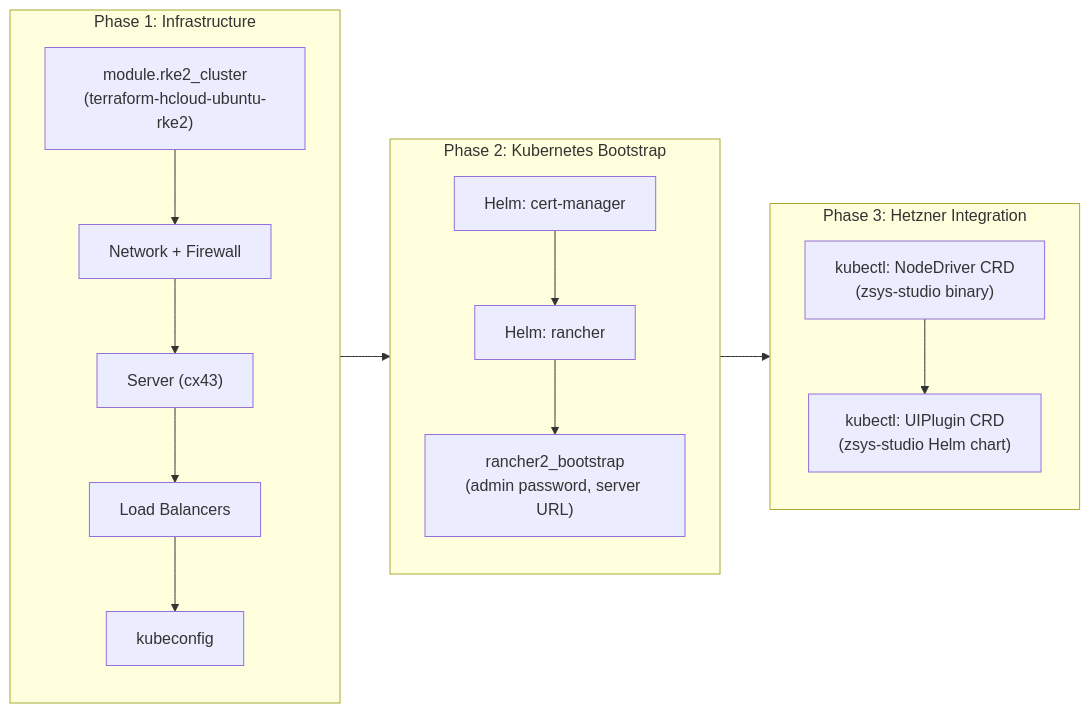
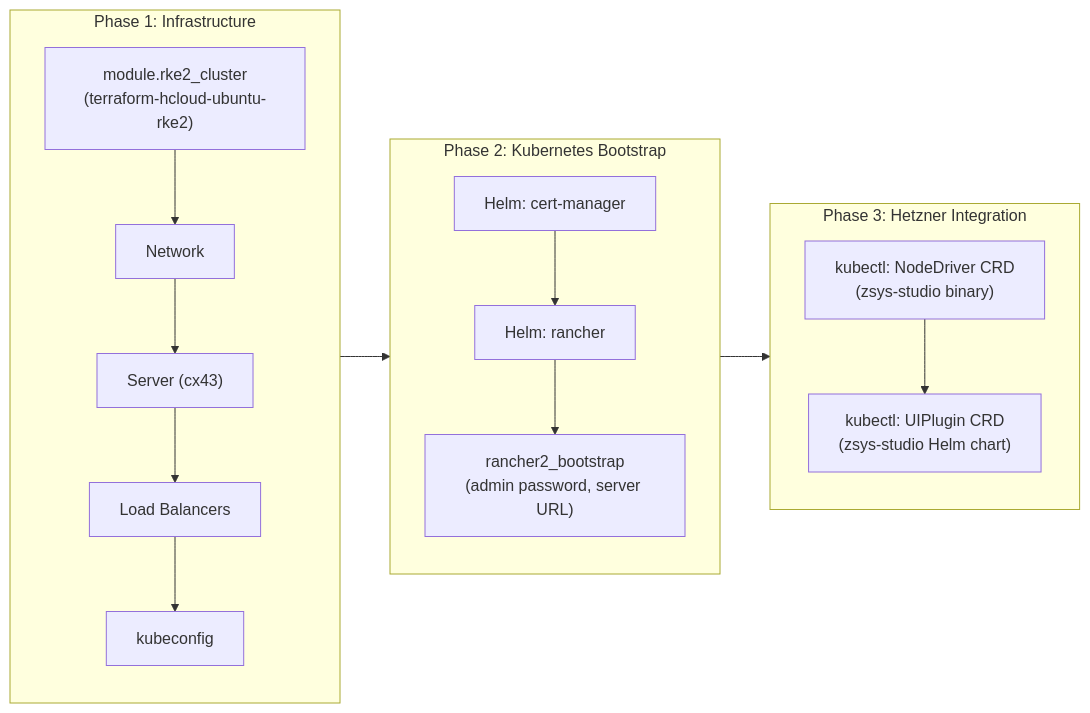
The third of 6 diagrams in docs/ARCHITECTURE.md (mbilan1/terraform-hcloud-rancher), drawn with Mermaid before and after one commit. The commit also changed other lines of this file and 6 other files, not shown here.

````diff
--- a/docs/ARCHITECTURE.md
+++ b/docs/ARCHITECTURE.md
@@ -237,29 +233,29 @@
 ```mermaid
 flowchart LR
     subgraph phase1["Phase 1: Infrastructure"]
         direction TB
         rke2["module.rke2_cluster\n(terraform-hcloud-ubuntu-rke2)"]
-        net["Network + Firewall"]
+        net["Network"]
         srv["Server (cx43)"]
         lb["Load Balancers"]
         kc["kubeconfig"]
         rke2 --> net --> srv --> lb --> kc
     end
 
     subgraph phase2["Phase 2: Kubernetes Bootstrap"]
         direction TB
         cm["Helm: cert-manager"]
         rancher["Helm: rancher"]
         boot["rancher2_bootstrap\n(admin password, server URL)"]
         cm --> rancher --> boot
     end
 
     subgraph phase3["Phase 3: Hetzner Integration"]
         direction TB
         nd["kubectl: NodeDriver CRD\n(zsys-studio binary)"]
         ext["kubectl: UIPlugin CRD\n(zsys-studio Helm chart)"]
         nd --> ext
     end
 
     phase1 --> phase2 --> phase3
 ```
````
